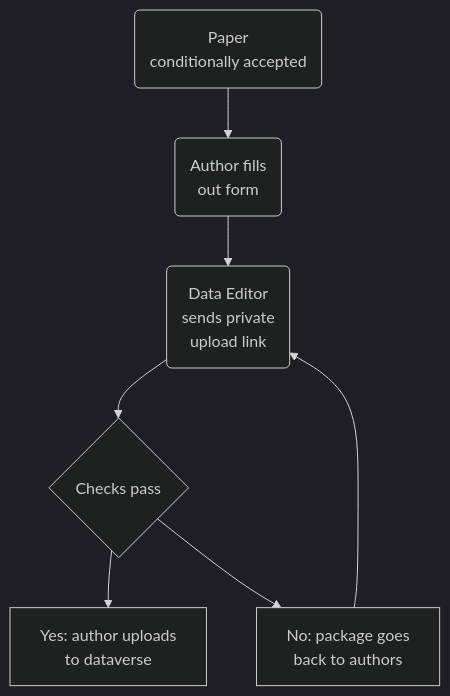
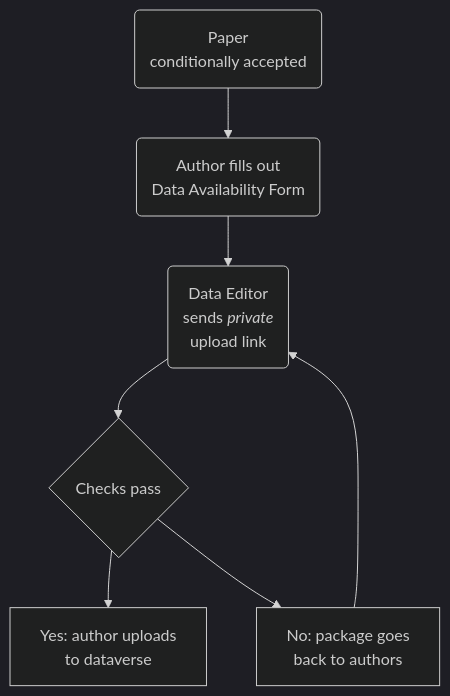
One commit to matteolanoe/spgr.github.io changed the diagram in index.qmd. Above: the diagram before and after it, drawn with Mermaid (dark theme). The commit also changed other lines of this file and 6 other files, not shown here.

````diff
--- a/index.qmd
+++ b/index.qmd
@@ -10,10 +14,10 @@
 ```{mermaid}
-%%| title: process
+%%| fig-cap: Reproducibility Process. Notice that confidential data can be shared with the Data Editor for the purpose of checks, while it will be excluded from the published package on dataverse.
 flowchart TD
   X(Paper<br>conditionally accepted) --> A
-  A(Author fills<br> out form) --> B(Data Editor<br>sends private<br>upload link)
+  A(Author fills out <br> Data Availability Form) --> B(Data Editor<br>sends <i>private</i><br>upload link)
   B --> C{Checks pass}
   C --> D[Yes: author uploads<br>to dataverse]
   C --> E[No: package goes<br>back to authors]
   E --> B
 ```
````
